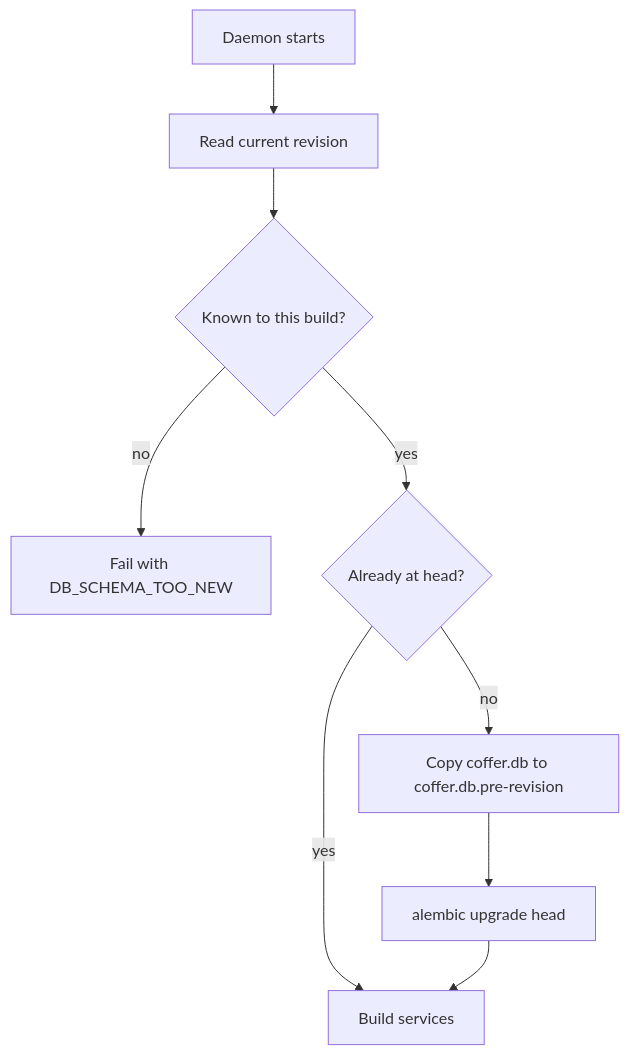
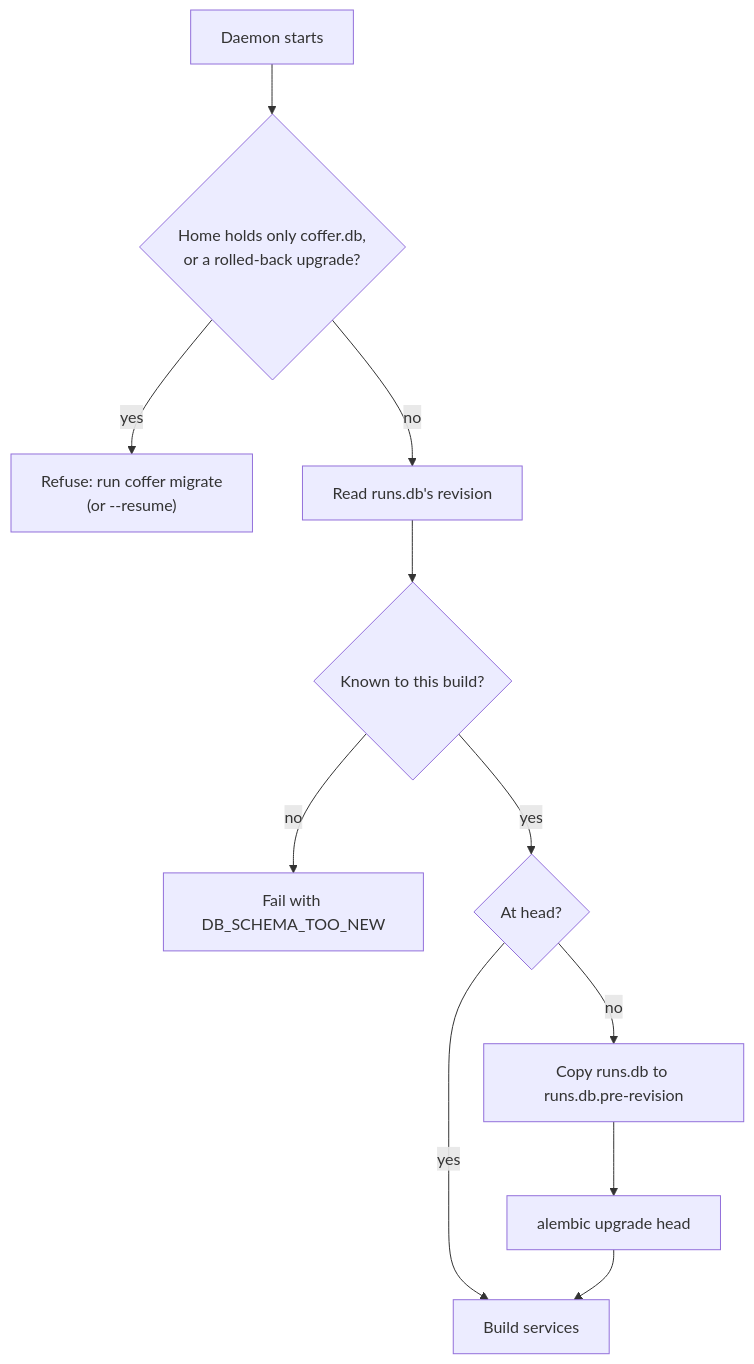
One commit to wyx-sg/Coffer changed the third of 3 diagrams in docs-site/architecture/persistence.md. Above: the diagram before and after it, drawn with Mermaid. The commit also changed other lines of this file and 88 other files, not shown here.

````diff
--- a/docs-site/architecture/persistence.md
+++ b/docs-site/architecture/persistence.md
@@ -54,11 +205,13 @@
 ```mermaid
 flowchart TB
-  A["Daemon starts"] --> B["Read current revision"]
+  A["Daemon starts"] --> H{"Home holds only coffer.db,<br/>or a rolled-back upgrade?"}
+  H -- yes --> Z["Refuse: run coffer migrate<br/>(or --resume)"]
+  H -- no --> B["Read runs.db's revision"]
   B --> C{"Known to this build?"}
   C -- no --> X["Fail with DB_SCHEMA_TOO_NEW"]
-  C -- yes --> D{"Already at head?"}
+  C -- yes --> D{"At head?"}
   D -- yes --> G["Build services"]
-  D -- no --> E["Copy coffer.db to coffer.db.pre-revision"]
+  D -- no --> E["Copy runs.db to runs.db.pre-revision"]
   E --> F["alembic upgrade head"]
   F --> G
 ```
````
